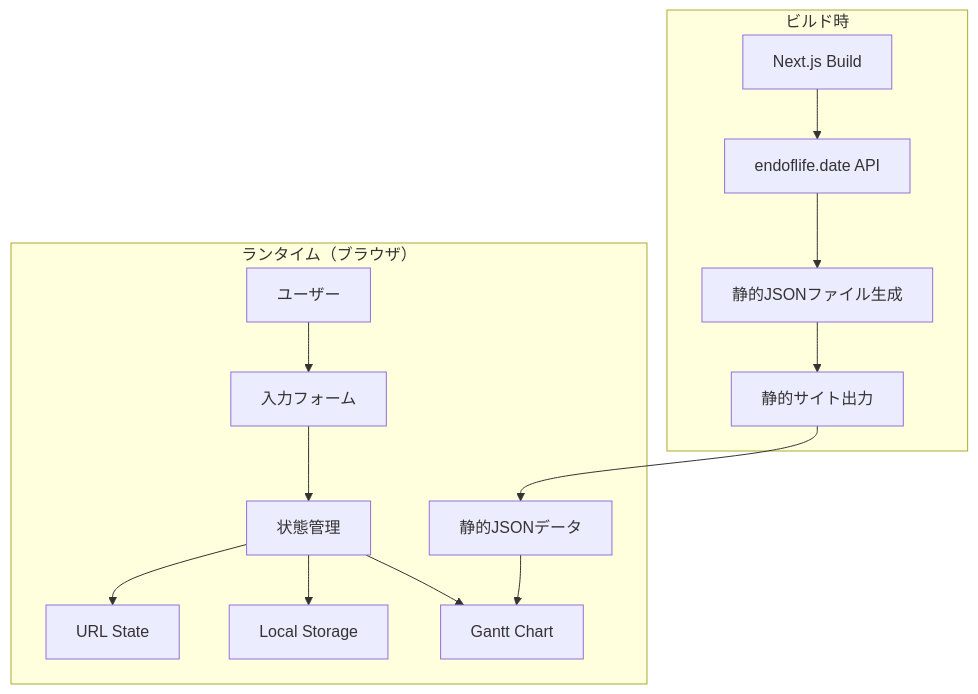
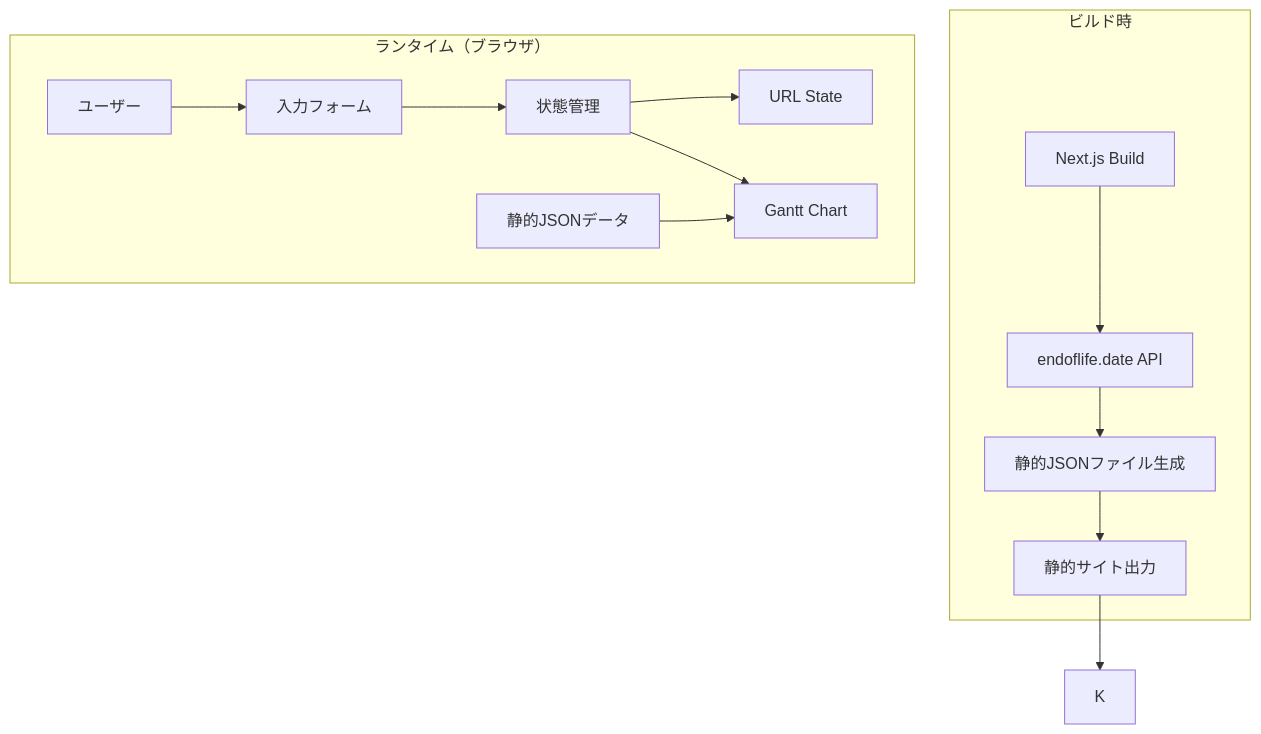
The diagram in .kiro/specs/eol-timeline-viewer/design.md (okdyy75/eol-checker), drawn with Mermaid before and after one commit. The commit also changed other lines of this file and 5 other files, not shown here.

````diff
--- a/.kiro/specs/eol-timeline-viewer/design.md
+++ b/.kiro/specs/eol-timeline-viewer/design.md
@@ -30,19 +29,18 @@
 ```mermaid
 graph TB
     subgraph "ビルド時"
         A[Next.js Build] --> B[endoflife.date API]
         B --> C[静的JSONファイル生成]
         C --> D[静的サイト出力]
     end
     
     subgraph "ランタイム（ブラウザ）"
         E[ユーザー] --> F[入力フォーム]
         F --> G[状態管理]
         G --> H[URL State]
-        G --> I[Local Storage]
-        G --> J[Gantt Chart]
-        K[静的JSONデータ] --> J
+        G --> I[Gantt Chart]
+        J[静的JSONデータ] --> I
     end
     
     D --> K
 ```
````
